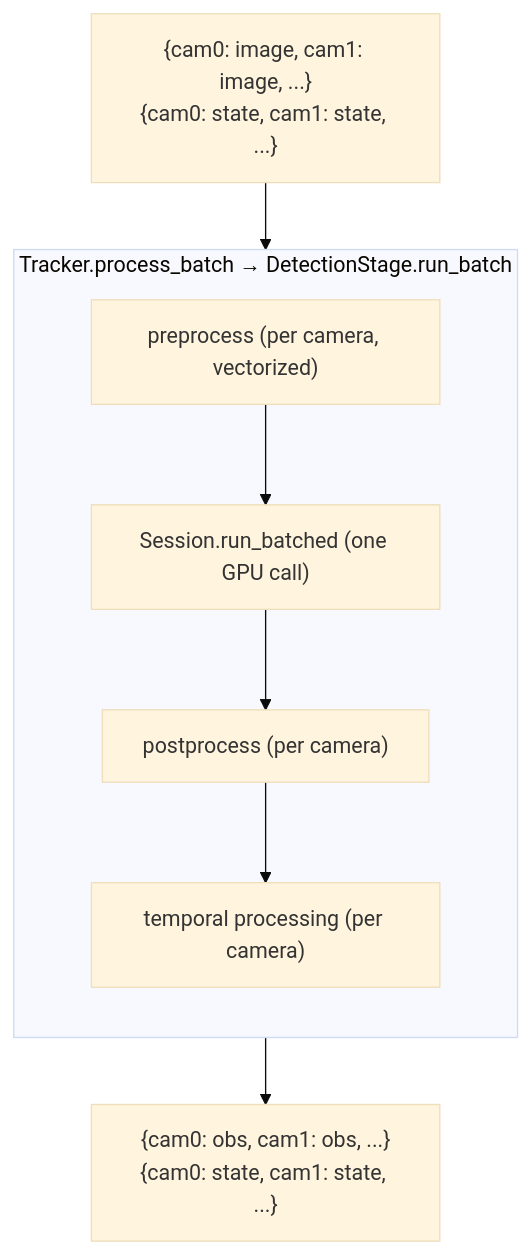
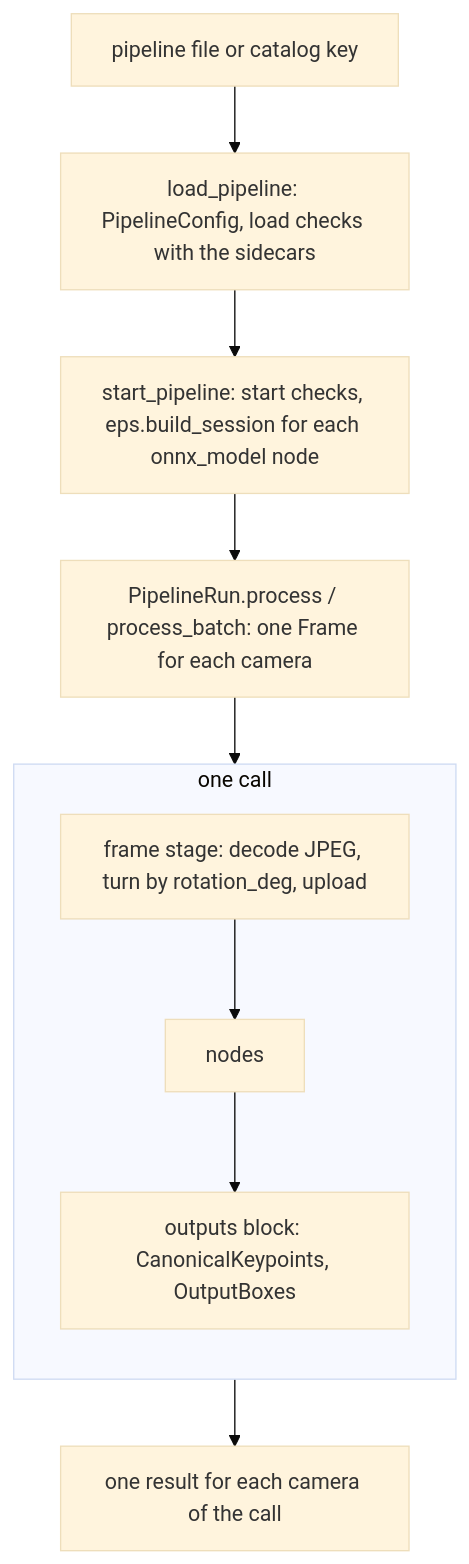
One commit to domisjustanumber/skellytracker changed the diagram in skellytracker-docs/docs/technical/architecture.mdx. Above: the diagram before and after it, drawn with Mermaid (base theme). The commit also changed other lines of this file and 38 other files, not shown here.

````diff
--- a/skellytracker-docs/docs/technical/architecture.mdx
+++ b/skellytracker-docs/docs/technical/architecture.mdx
@@ -35,11 +39,13 @@
 ```mermaid
 flowchart TB
-    IMGS["{cam0: image, cam1: image, ...}<br/>{cam0: state, cam1: state, ...}"] --> PB
-    subgraph PB["Tracker.process_batch → DetectionStage.run_batch"]
+    FILE["pipeline file or catalog key"] --> LOAD["load_pipeline: PipelineConfig, load checks with the sidecars"]
+    LOAD --> START["start_pipeline: start checks, eps.build_session for each onnx_model node"]
+    START --> CALL["PipelineRun.process / process_batch: one Frame for each camera"]
+    CALL --> RUN
+    subgraph RUN["one call"]
       direction TB
-      PRE["preprocess (per camera, vectorized)"] --> INF["Session.run_batched (one GPU call)"]
-      INF --> POST["postprocess (per camera)"]
-      POST --> TEMP["temporal processing (per camera)"]
+      FS["frame stage: decode JPEG, turn by rotation_deg, upload"] --> NODES["nodes"]
+      NODES --> OUT["outputs block: CanonicalKeypoints, OutputBoxes"]
     end
-    PB --> OUTS["{cam0: obs, cam1: obs, ...}<br/>{cam0: state, cam1: state, ...}"]
+    RUN --> RES["one result for each camera of the call"]
 ```
````
